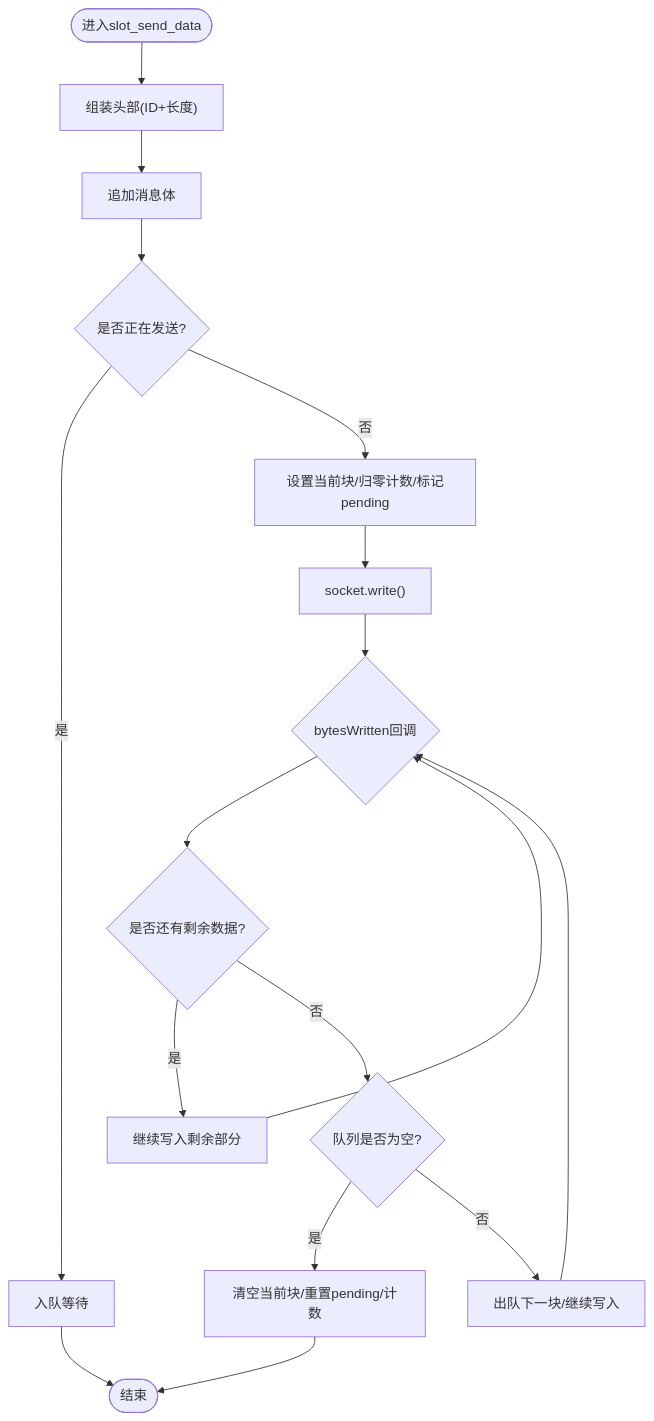
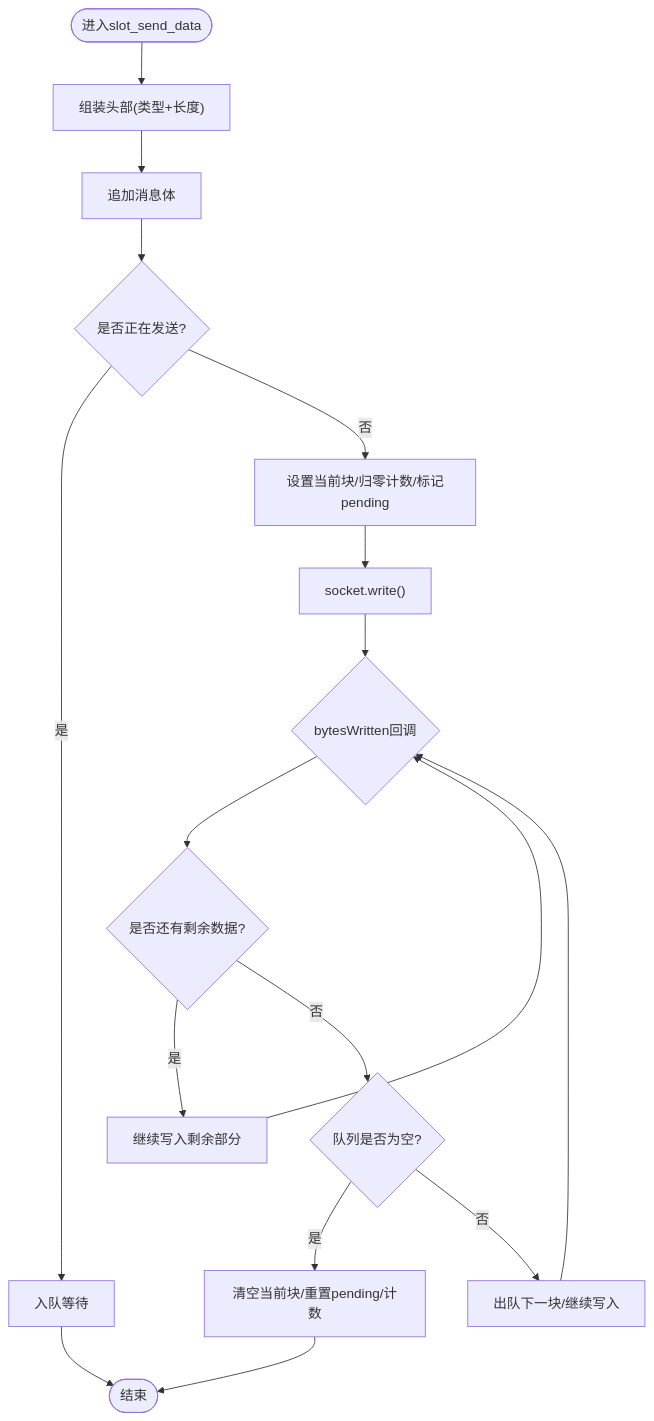
Before and after one commit to echo9923/mychatter: the third of 6 diagrams in .qoder/repowiki/zh/content/安全设计/网络安全防护/连接安全机制.md, drawn with Mermaid. The commit also changed other lines of this file and 128 other files, not shown here.

````diff
--- a/.qoder/repowiki/zh/content/安全设计/网络安全防护/连接安全机制.md
+++ b/.qoder/repowiki/zh/content/安全设计/网络安全防护/连接安全机制.md
@@ -149,19 +149,19 @@
 ```mermaid
 flowchart TD
-Start(["进入slot_send_data"]) --> BuildHead["组装头部(ID+长度)"]
+Start(["进入slot_send_data"]) --> BuildHead["组装头部(类型+长度)"]
 BuildHead --> AppendBody["追加消息体"]
 AppendBody --> CheckPending{"是否正在发送?"}
 CheckPending --> |是| Enqueue["入队等待"]
 CheckPending --> |否| WriteFirst["设置当前块/归零计数/标记pending"]
 WriteFirst --> SocketWrite["socket.write()"]
 SocketWrite --> OnBytesWritten{"bytesWritten回调"}
 OnBytesWritten --> MoreData{"是否还有剩余数据?"}
 MoreData --> |是| ContinueWrite["继续写入剩余部分"]
 MoreData --> |否| QueueCheck{"队列是否为空?"}
 QueueCheck --> |是| Reset["清空当前块/重置pending/计数"]
 QueueCheck --> |否| NextBlock["出队下一块/继续写入"]
 ContinueWrite --> OnBytesWritten
 Reset --> End(["结束"])
 NextBlock --> OnBytesWritten
 Enqueue --> End
 ```
````
